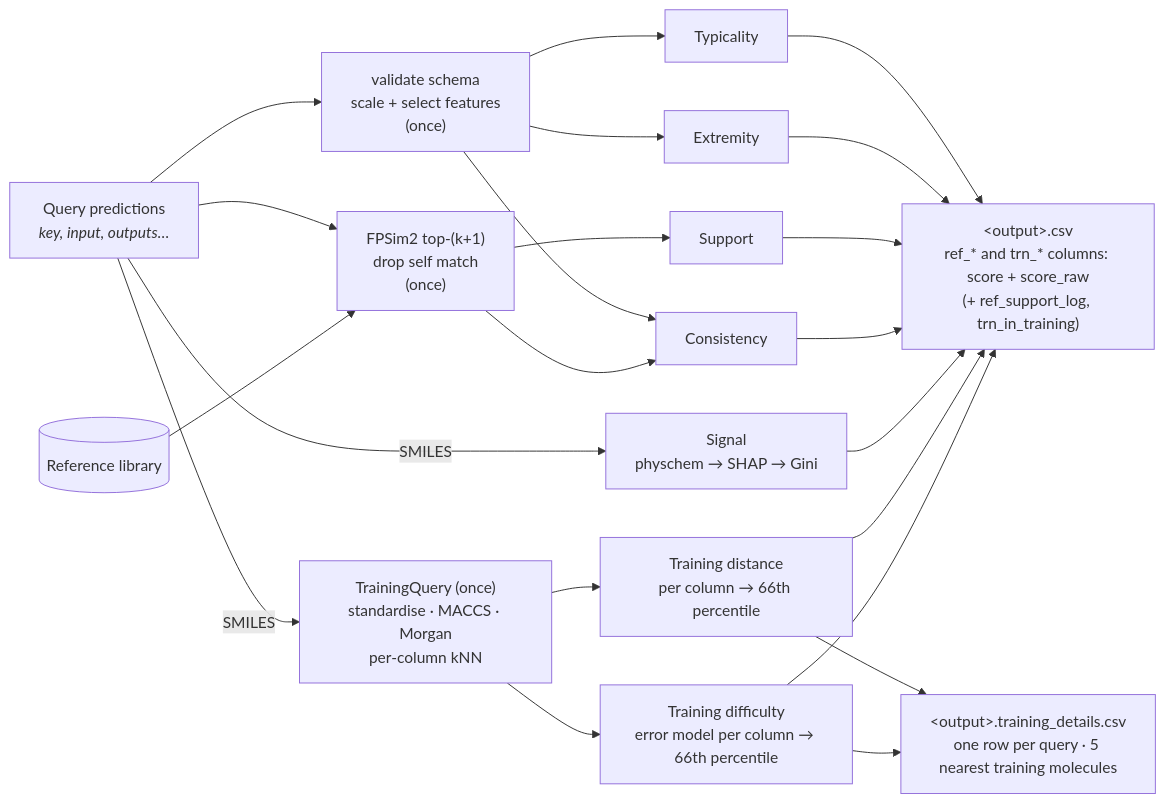
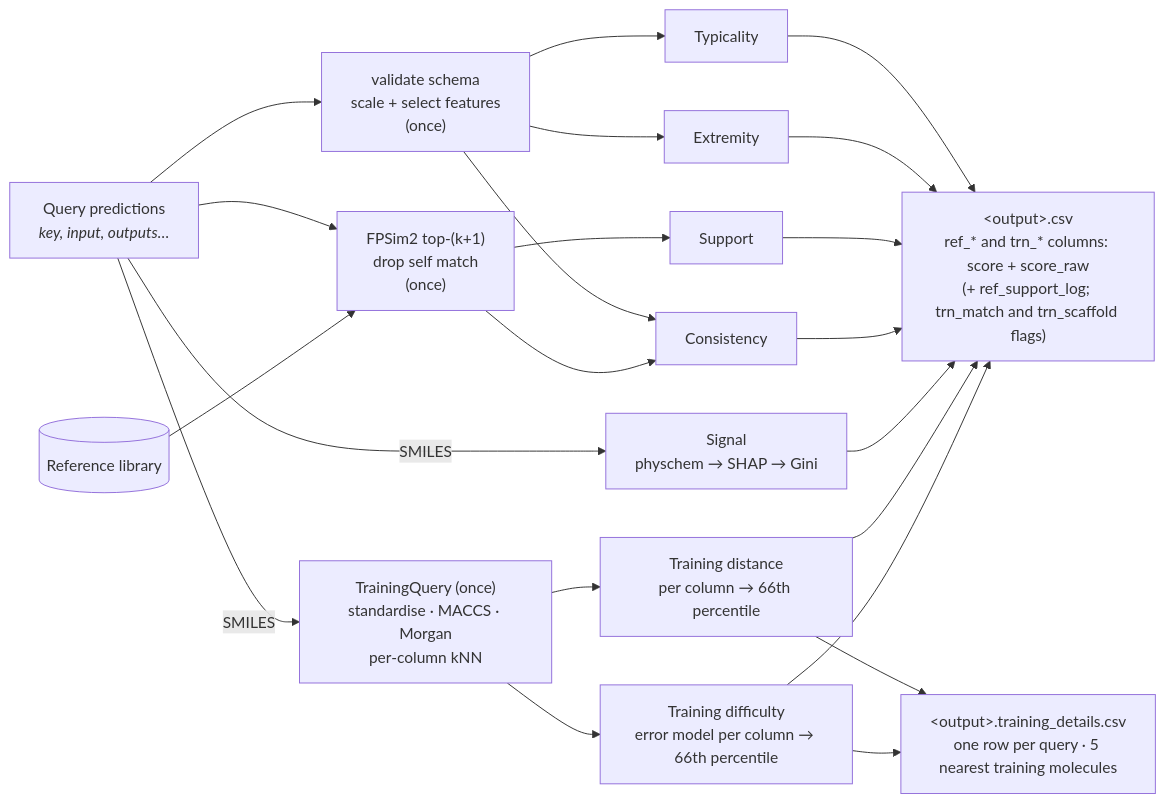
One commit to ersilia-os/eosquality changed the third of 3 diagrams in docs/diagram.md. Above: the diagram before and after it, drawn with Mermaid. The commit also changed other lines of this file and 31 other files, not shown here.

First line of the commit message:
Training scores: physchem similarity, match and scaffold flags; error model off by default

````diff
--- a/docs/diagram.md
+++ b/docs/diagram.md
@@ -38,14 +38,14 @@
 ```mermaid
 flowchart LR
     Q["Query predictions<br/><i>key, input, outputs…</i>"] --> SCALE["validate schema<br/>scale + select features<br/>(once)"]
     Q --> FPQ["FPSim2 top-(k+1)<br/>drop self match<br/>(once)"]
     LIB[("Reference library")] --> FPQ
     SCALE --> TYP[Typicality] & EXT[Extremity] & CON[Consistency]
     FPQ --> SUP[Support] & CON
     Q -- SMILES --> SIG["Signal<br/>physchem → SHAP → Gini"]
     Q -- SMILES --> TQ["TrainingQuery (once)<br/>standardise · MACCS · Morgan<br/>per-column kNN"]
     TQ --> TDR["Training distance<br/>per column → 66th percentile"]
     TQ --> TDF["Training difficulty<br/>error model per column → 66th percentile"]
     TDR & TDF --> DET["&lt;output&gt;.training_details.csv<br/>one row per query · 5 nearest training molecules"]
-    TYP & EXT & SUP & CON & SIG & TDR & TDF --> OUT["&lt;output&gt;.csv<br/>ref_* and trn_* columns: score + score_raw<br/>(+ ref_support_log, trn_in_training)"]
+    TYP & EXT & SUP & CON & SIG & TDR & TDF --> OUT["&lt;output&gt;.csv<br/>ref_* and trn_* columns: score + score_raw<br/>(+ ref_support_log; trn_match and trn_scaffold flags)"]
 ```
````
